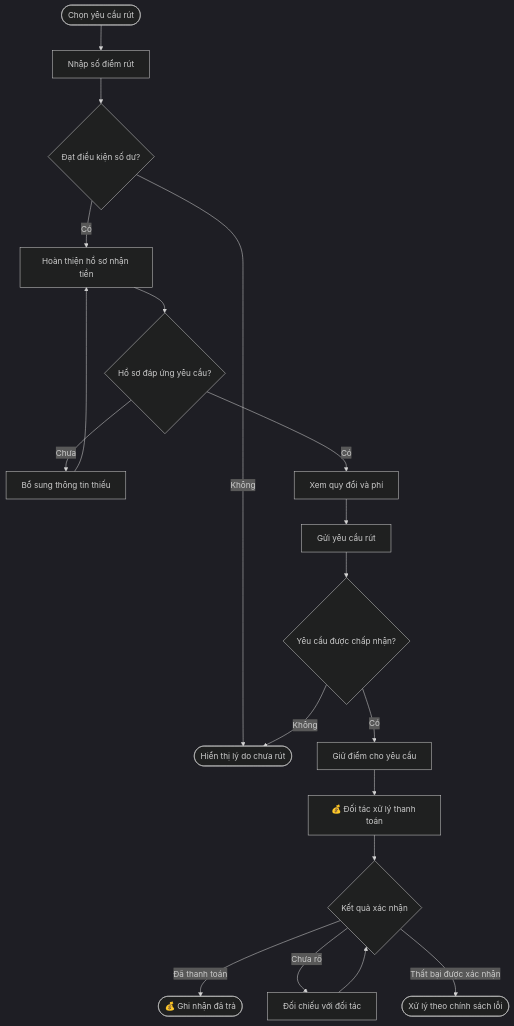
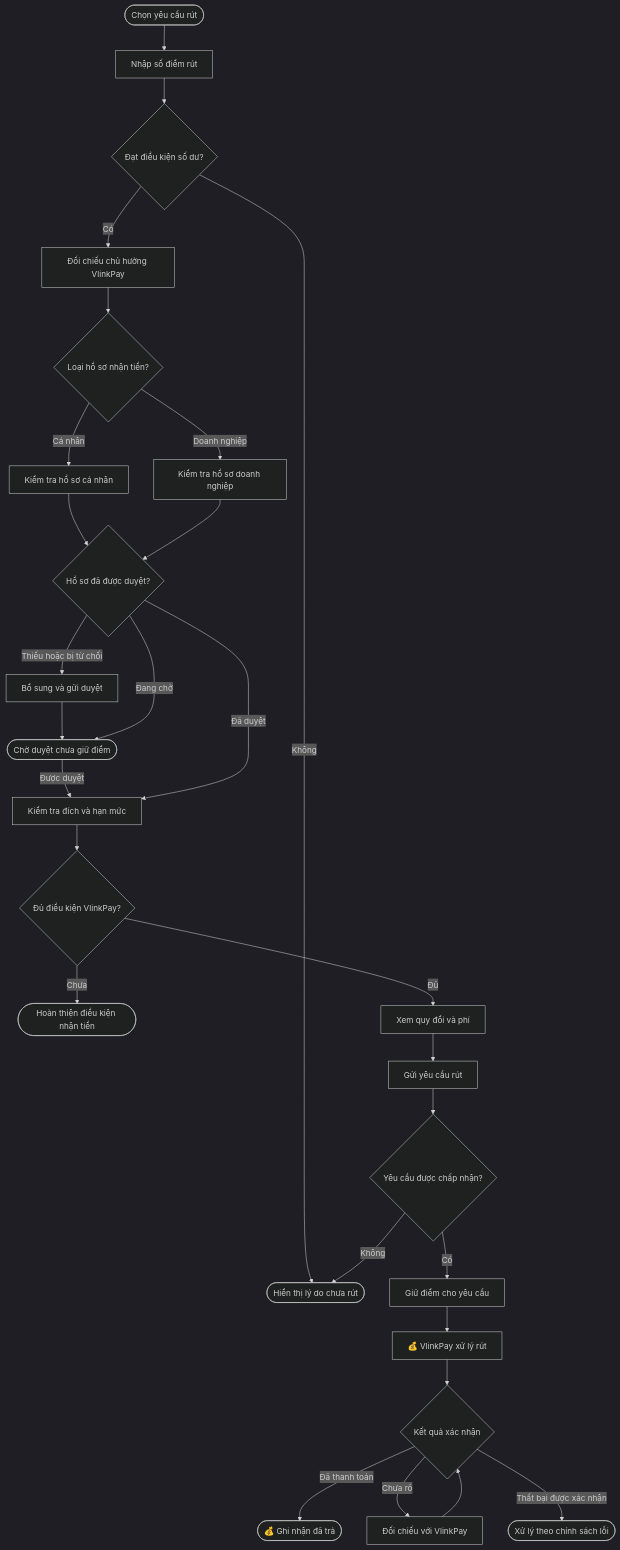
One commit to vlink-group/VlinkPay changed the seventh of 13 diagrams in nexora/docs/business/business-oneqr-earnings.md. Above: the diagram before and after it, drawn with Mermaid (dark theme). The commit also changed other lines of this file and 5 other files, not shown here.

Commit message:
docs(1599): kế thừa PO cũ và bổ sung rút qua VlinkPay

````diff
--- a/nexora/docs/business/business-oneqr-earnings.md
+++ b/nexora/docs/business/business-oneqr-earnings.md
@@ -238,21 +328,30 @@
 ```mermaid
 flowchart TD
     A([Chọn yêu cầu rút]) --> B[Nhập số điểm rút]
     B --> C{Đạt điều kiện số dư?}
     C -- Không --> D([Hiển thị lý do chưa rút])
-    C -- Có --> E[Hoàn thiện hồ sơ nhận tiền]
-    E --> F{Hồ sơ đáp ứng yêu cầu?}
-    F -- Chưa --> G[Bổ sung thông tin thiếu]
-    G --> E
-    F -- Có --> H[Xem quy đổi và phí]
+    C -- Có --> E[Đối chiếu chủ hưởng VlinkPay]
+    E --> E1{Loại hồ sơ nhận tiền?}
+    E1 -- Cá nhân --> E2[Kiểm tra hồ sơ cá nhân]
+    E1 -- Doanh nghiệp --> E3[Kiểm tra hồ sơ doanh nghiệp]
+    E2 --> F{Hồ sơ đã được duyệt?}
+    E3 --> F
+    F -- Thiếu hoặc bị từ chối --> G[Bổ sung và gửi duyệt]
+    G --> G1([Chờ duyệt chưa giữ điểm])
+    F -- Đang chờ --> G1
+    G1 -- Được duyệt --> F1[Kiểm tra đích và hạn mức]
+    F -- Đã duyệt --> F1
+    F1 --> F2{Đủ điều kiện VlinkPay?}
+    F2 -- Chưa --> F3([Hoàn thiện điều kiện nhận tiền])
+    F2 -- Đủ --> H[Xem quy đổi và phí]
     H --> I[Gửi yêu cầu rút]
     I --> J{Yêu cầu được chấp nhận?}
     J -- Không --> D
     J -- Có --> K[Giữ điểm cho yêu cầu]
-    K --> L[💰 Đối tác xử lý thanh toán]
+    K --> L[💰 VlinkPay xử lý rút]
     L --> M{Kết quả xác nhận}
     M -- Đã thanh toán --> N([💰 Ghi nhận đã trả])
-    M -- Chưa rõ --> O[Đối chiếu với đối tác]
+    M -- Chưa rõ --> O[Đối chiếu với VlinkPay]
     O --> M
     M -- Thất bại được xác nhận --> P([Xử lý theo chính sách lỗi])
 ```
````
